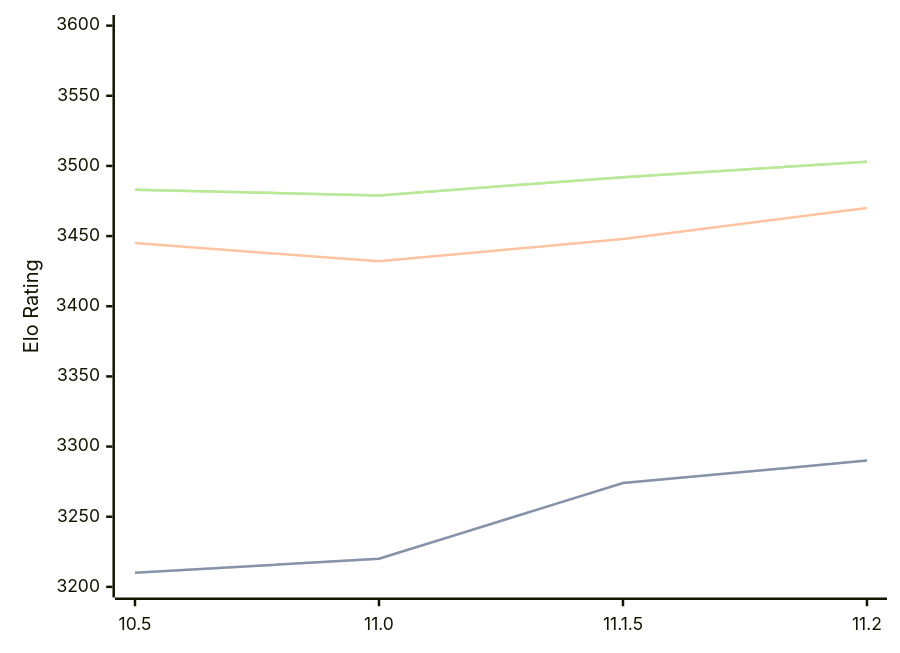
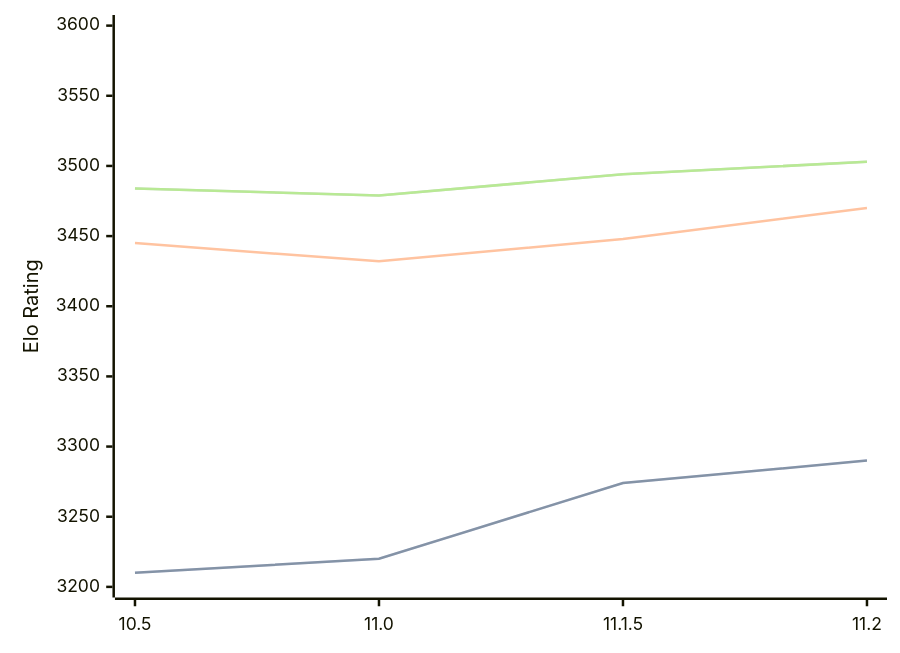
Before and after one commit to computer-chess-index/cci: the first of 3 diagrams in engines/Lizard.md, drawn with Mermaid. The commit also changed other lines of this file, not shown here.

Commit message:
Update CCI Ratings (ELO VLTC) - 2026-06-30

````diff
--- a/engines/Lizard.md
+++ b/engines/Lizard.md
@@ -46,11 +46,11 @@
 ```mermaid
 %%{init: {"theme":"base","themeVariables":{"seriesColors:['#a3a3a3','#222221','#faa371']}}}%%
 xychart-beta
   x-axis ["10.5", "11.0", "11.1.5", "11.2"]
   y-axis "Elo Rating" 3200 --> 3600
   line "STC (8.0+0.08s)" [3210, 3220, 3274, 3290]
   line "STC (8.0+0.08s)" [3210, 3220, 3274, 3290]
   line "LTC (60.0+0.60s)" [3445, 3432, 3448, 3470]
-  line "VLTC (2m24s+1.12s)" [3483, 3479, 3492, 3503]
-  line "VLTC (2m24s+1.12s)" [3483, 3479, 3492, 3503]
+  line "VLTC (2m24s+1.12s)" [3484, 3479, 3494, 3503]
+  line "VLTC (2m24s+1.12s)" [3484, 3479, 3494, 3503]
 ```
````
